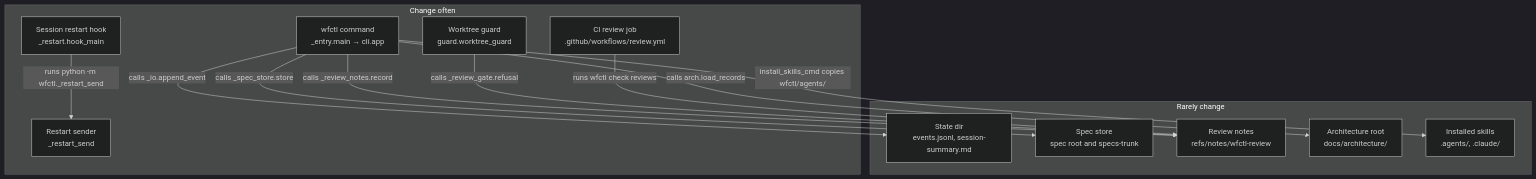
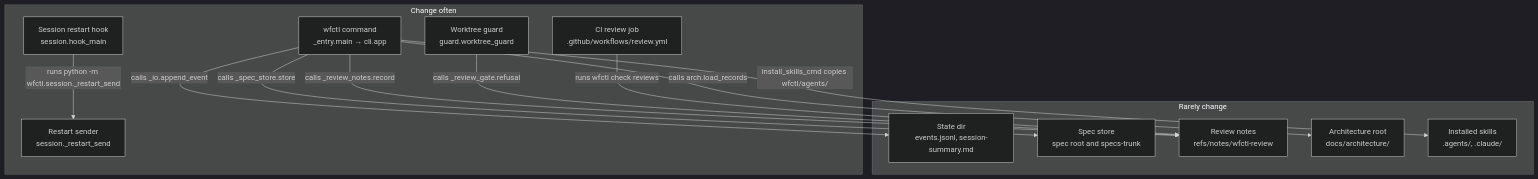
One commit to aamarin/wfctl changed the diagram in docs/architecture/views/container.md. Above: the diagram before and after it, drawn with Mermaid (dark theme). The commit also changed other lines of this file and 59 other files, not shown here.

````diff
--- a/docs/architecture/views/container.md
+++ b/docs/architecture/views/container.md
@@ -22,26 +22,26 @@
 ```mermaid
 flowchart TB
   subgraph stable["Rarely change"]
     state["State dir<br/>events.jsonl, session-summary.md"]
     specs["Spec store<br/>spec root and specs-trunk"]
     notes["Review notes<br/>refs/notes/wfctl-review"]
     arch["Architecture root<br/>docs/architecture/"]
     skills["Installed skills<br/>.agents/, .claude/"]
   end
   subgraph volatile["Change often"]
     cli["wfctl command<br/>_entry.main → cli.app"]
     guard["Worktree guard<br/>guard.worktree_guard"]
-    restart["Session restart hook<br/>_restart.hook_main"]
-    sender["Restart sender<br/>_restart_send"]
+    restart["Session restart hook<br/>session.hook_main"]
+    sender["Restart sender<br/>session._restart_send"]
     ci["CI review job<br/>.github/workflows/review.yml"]
   end
 
   cli -->|"calls _io.append_event"| state
   cli -->|"calls _spec_store.store"| specs
   cli -->|"calls _review_notes.record"| notes
   cli -->|"calls arch.load_records"| arch
   cli -->|"install_skills_cmd copies wfctl/agents/"| skills
   guard -->|"calls _review_gate.refusal"| notes
-  restart -->|"runs python -m wfctl._restart_send"| sender
+  restart -->|"runs python -m wfctl.session._restart_send"| sender
   ci -->|"runs wfctl check reviews"| notes
 ```
````
